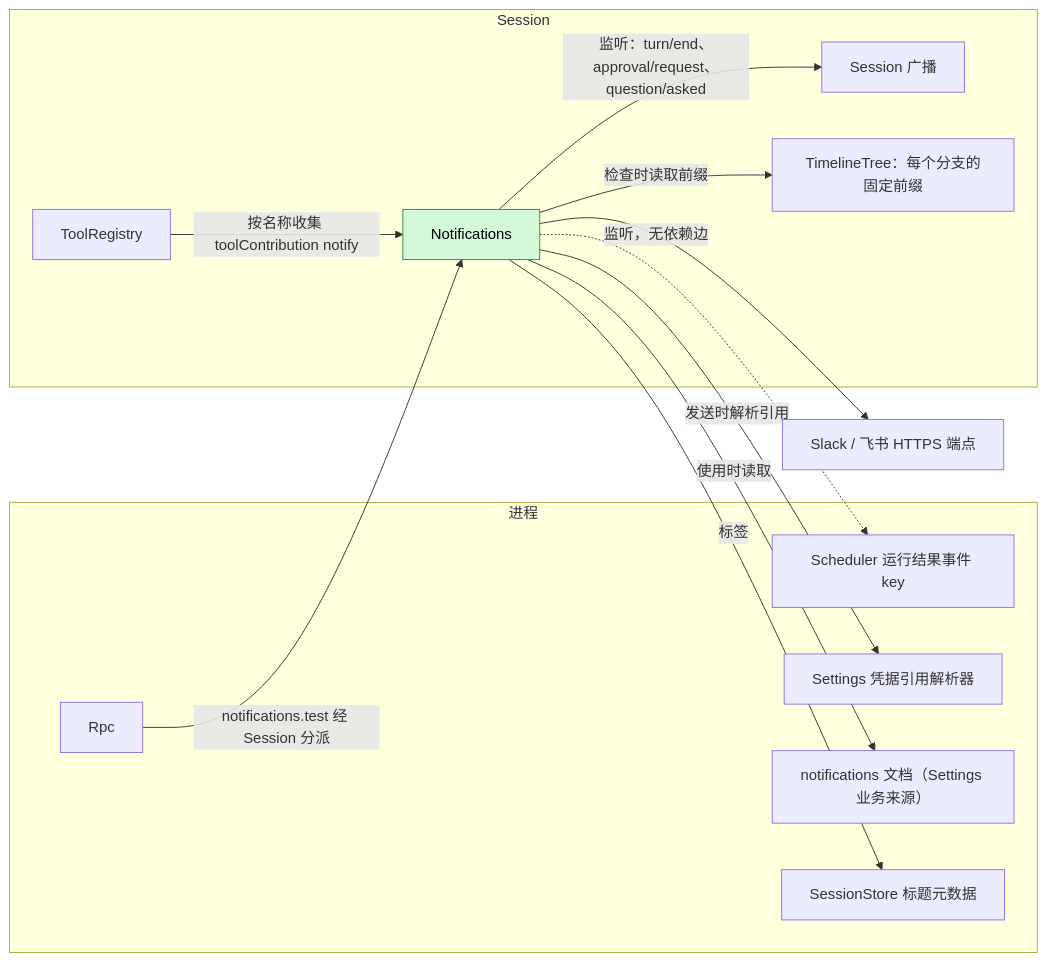
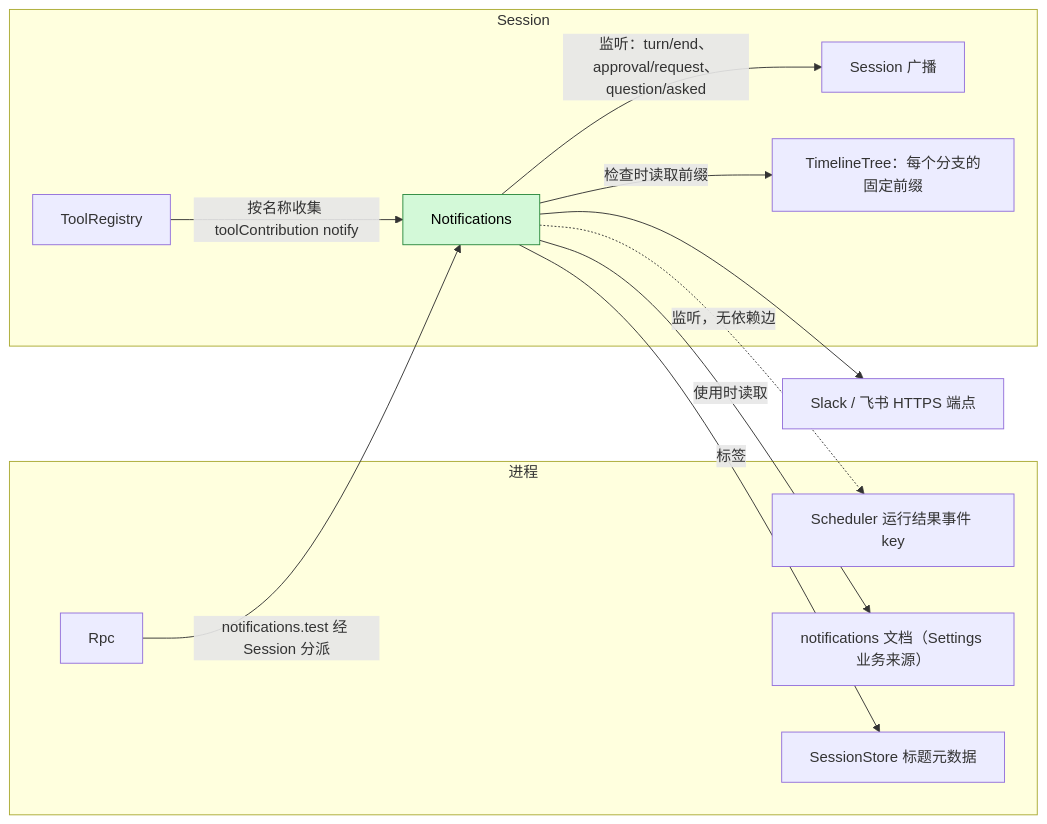
The first of 6 diagrams in docs/zh/design/plugins/Notifications.md (CoutinhoTTS/dim-agent), drawn with Mermaid before and after one commit. The commit also changed other lines of this file and 27 other files, not shown here.

````diff
--- a/docs/zh/design/plugins/Notifications.md
+++ b/docs/zh/design/plugins/Notifications.md
@@ -11,27 +11,25 @@
 ```mermaid
 flowchart LR
   subgraph PROC["进程"]
     RO["Scheduler 运行结果事件 key"]
-    CRED["Settings 凭据引用解析器"]
     Settings["notifications 文档（Settings 业务来源）"]
     META["SessionStore 标题元数据"]
     RPC["Rpc"]
   end
   subgraph SESS["Session"]
     NP["Notifications"]:::new
     SB["Session 广播"]
     TT["TimelineTree：每个分支的固定前缀"]
     TR["ToolRegistry"]
   end
   EXT["Slack / 飞书 HTTPS 端点"]
   NP -->|"监听：turn/end、approval/request、question/asked"| SB
   NP -->|"检查时读取前缀"| TT
   TR -->|"按名称收集 toolContribution notify"| NP
   NP -.->|"监听，无依赖边"| RO
-  NP -->|"发送时解析引用"| CRED
   NP -->|"使用时读取"| Settings
   NP -->|"标签"| META
   NP --> EXT
   RPC -->|"notifications.test 经 Session 分派"| NP
   classDef new fill:#d3f9d8,stroke:#2b8a3e,color:#000
 ```
````
